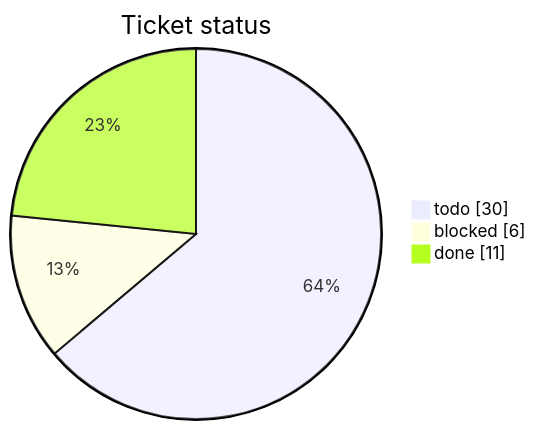
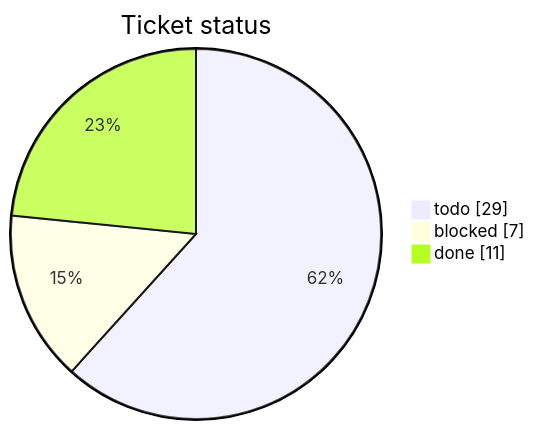
Before and after one commit to mohamed-soubhi/bootlab-esp: the first of 3 diagrams in tickets/TICKETS.md, drawn with Mermaid. The commit also changed other lines of this file and 9 other files, not shown here.

````diff
--- a/tickets/TICKETS.md
+++ b/tickets/TICKETS.md
@@ -10,6 +10,6 @@
 ```mermaid
 pie showData title Ticket status
-    "todo" : 30
-    "blocked" : 6
+    "todo" : 29
+    "blocked" : 7
     "done" : 11
 ```
````
